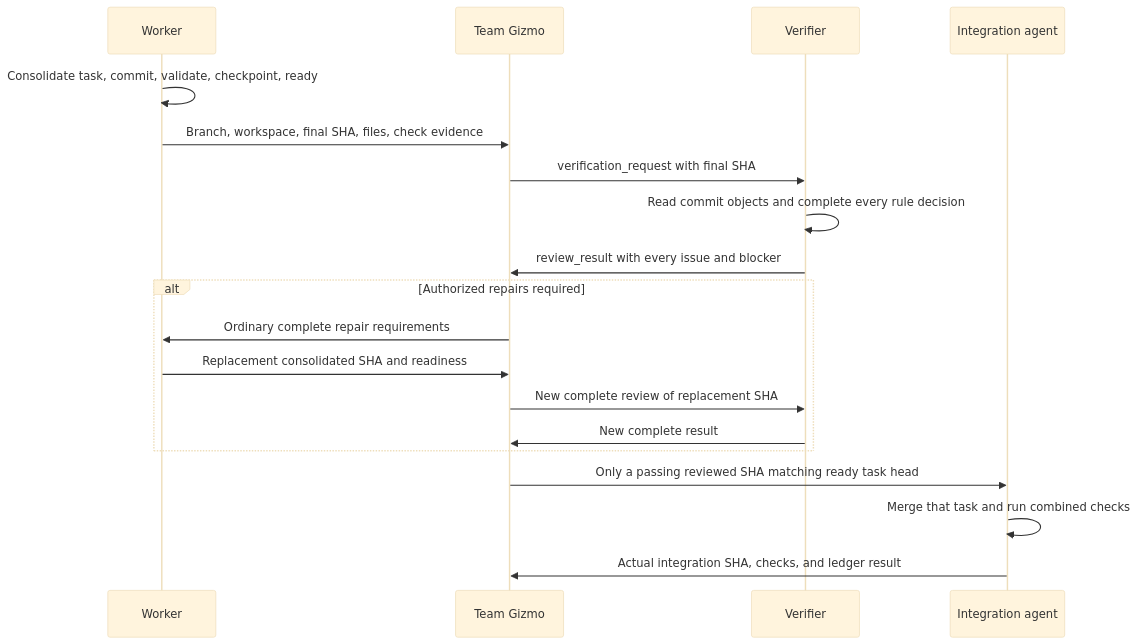
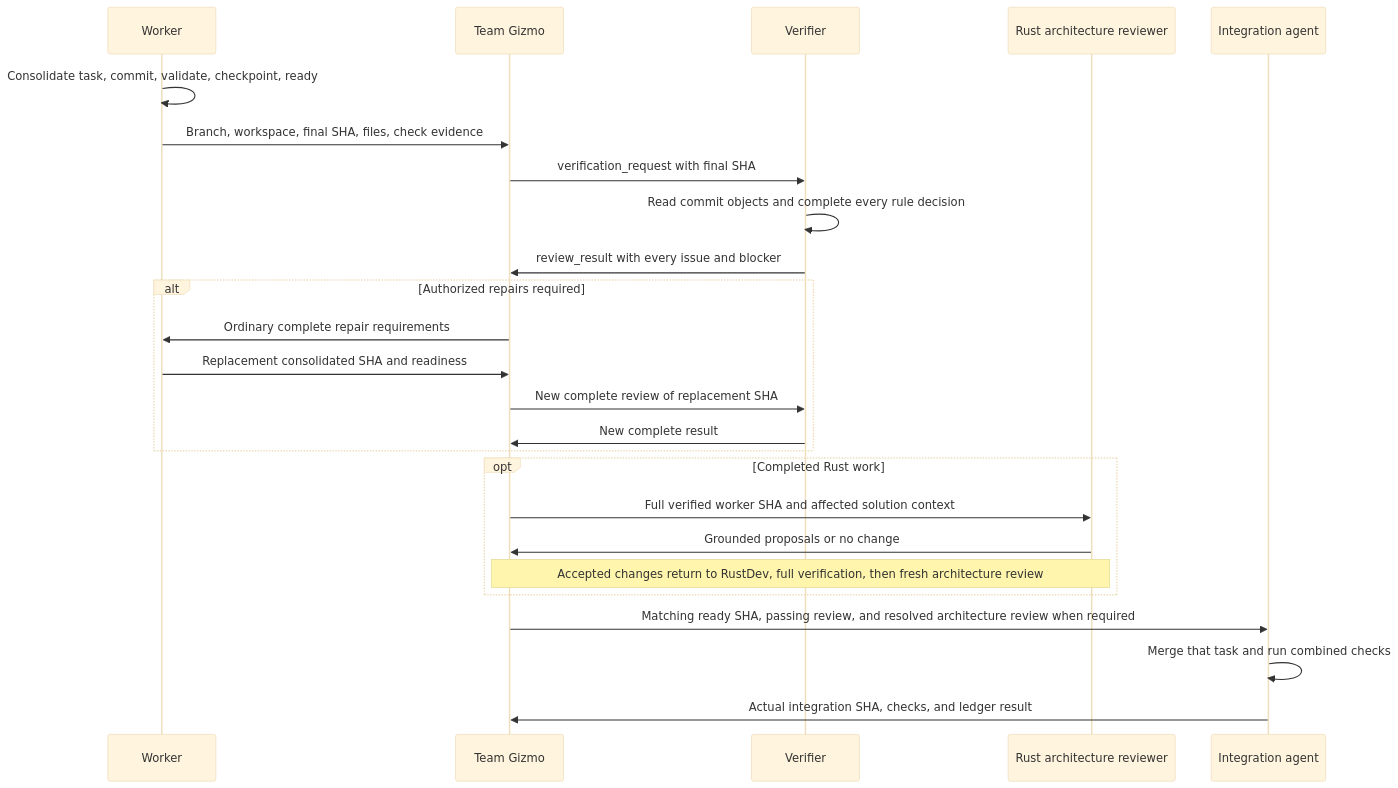
Before and after one commit to ai-ai-ai-ai-ai-ai-ai/meta-cortex: the diagram in cortex/teams/gizmo-team/docs/agent-verification.md, drawn with Mermaid (base theme). The commit also changed other lines of this file and 9 other files, not shown here.

Commit message:
Replace Rust refactoring workflow with architecture review

````diff
--- a/cortex/teams/gizmo-team/docs/agent-verification.md
+++ b/cortex/teams/gizmo-team/docs/agent-verification.md
@@ -9,21 +11,27 @@
 ```mermaid
 sequenceDiagram
     participant D as Worker
     participant G as Team Gizmo
     participant V as Verifier
+    participant A as Rust architecture reviewer
     participant I as Integration agent
     D->>D: Consolidate task, commit, validate, checkpoint, ready
     D->>G: Branch, workspace, final SHA, files, check evidence
     G->>V: verification_request with final SHA
     V->>V: Read commit objects and complete every rule decision
     V->>G: review_result with every issue and blocker
     alt Authorized repairs required
         G->>D: Ordinary complete repair requirements
         D->>G: Replacement consolidated SHA and readiness
         G->>V: New complete review of replacement SHA
         V->>G: New complete result
     end
-    G->>I: Only a passing reviewed SHA matching ready task head
+    opt Completed Rust work
+        G->>A: Full verified worker SHA and affected solution context
+        A->>G: Grounded proposals or no change
+        Note over G,A: Accepted changes return to RustDev, full verification, then fresh architecture review
+    end
+    G->>I: Matching ready SHA, passing review, and resolved architecture review when required
     I->>I: Merge that task and run combined checks
     I->>G: Actual integration SHA, checks, and ledger result
 ```
````
